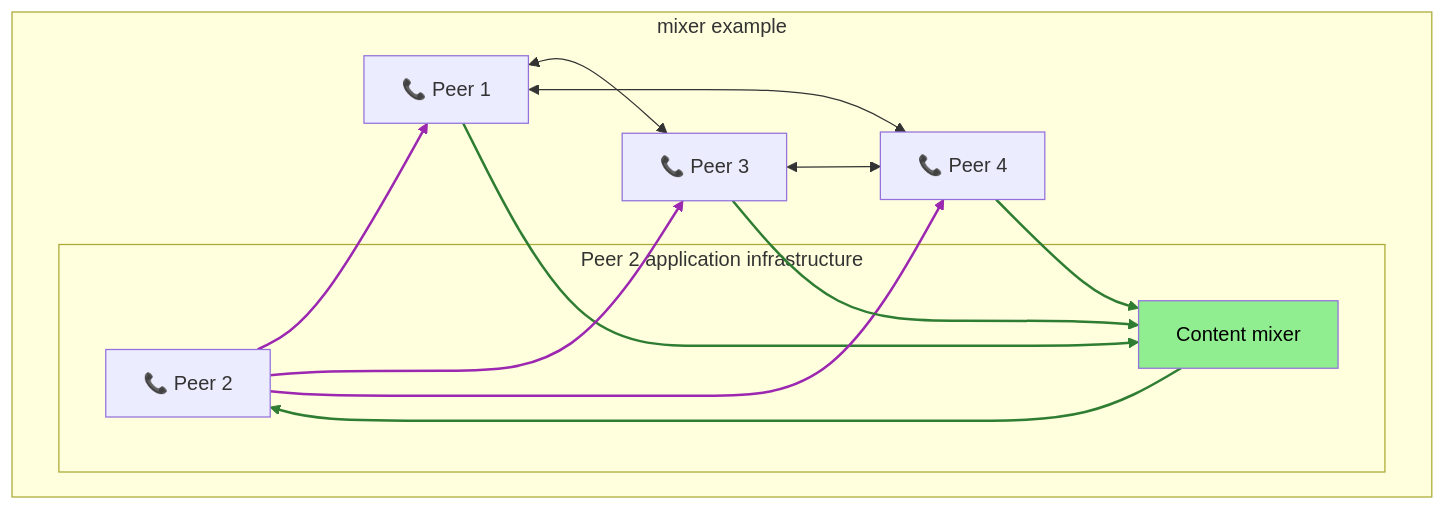
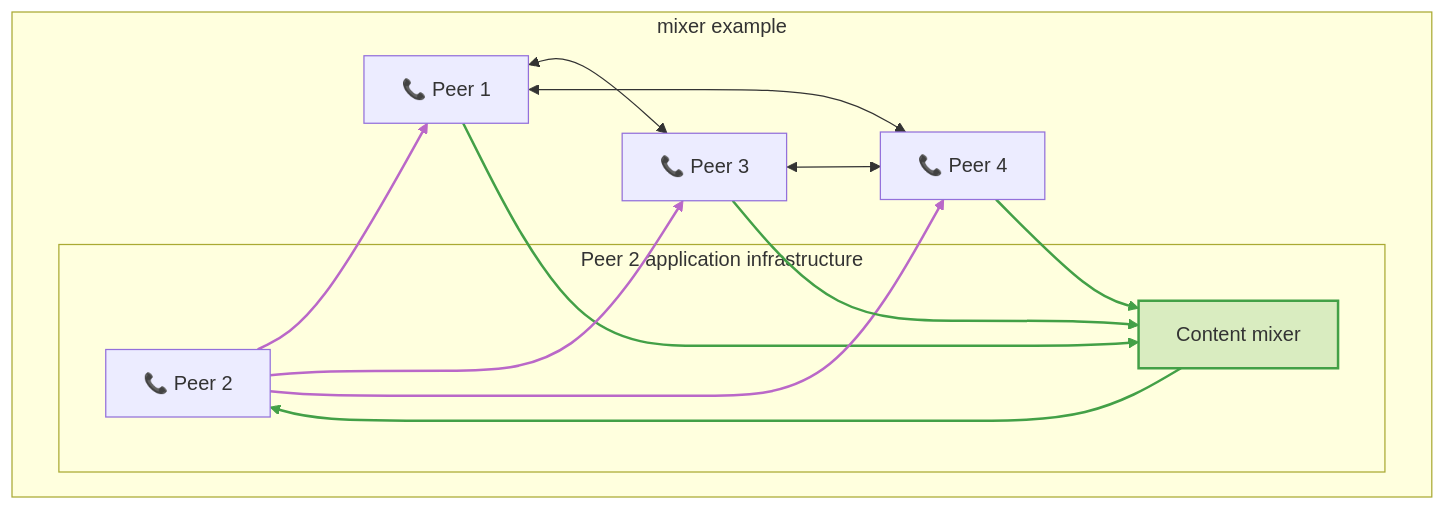
The third of 6 diagrams in doc/tutorials/jingle.md (esl/MongooseIM), drawn with Mermaid before and after one commit. The commit also changed other lines of this file and 1 other file, not shown here.

Commit message:
Fix dark-theme mermaid diagrams

````diff
--- a/doc/tutorials/jingle.md
+++ b/doc/tutorials/jingle.md
@@ -110,25 +110,25 @@
 ```mermaid
 flowchart TB
   subgraph mixer["mixer example"]
     p1["📞 Peer 1"]
     subgraph p2i["Peer 2 application infrastructure"]
       p2["📞 Peer 2"]
       m1["Content mixer"]
     end
     p3["📞 Peer 3"]
     p4["📞 Peer 4"]
     p1 --> m1
     p1 <--> p3
     p1 <--> p4
     m1 --> p2
     p2 --> p1
     p2 --> p3
     p2 --> p4
     p3 --> m1
     p3 <--> p4
     p4 --> m1
   end
-  style m1 fill:#90ee90,color:#000
-  linkStyle 0,3,7,9 stroke:#2e7d32,stroke-width:2px
-  linkStyle 4,5,6 stroke:#9c27b0,stroke-width:2px
+  style m1 fill:#43a04733,stroke:#43a047,stroke-width:2px
+  linkStyle 0,3,7,9 stroke:#43a047,stroke-width:2px
+  linkStyle 4,5,6 stroke:#ba68c8,stroke-width:2px
 ```
````
